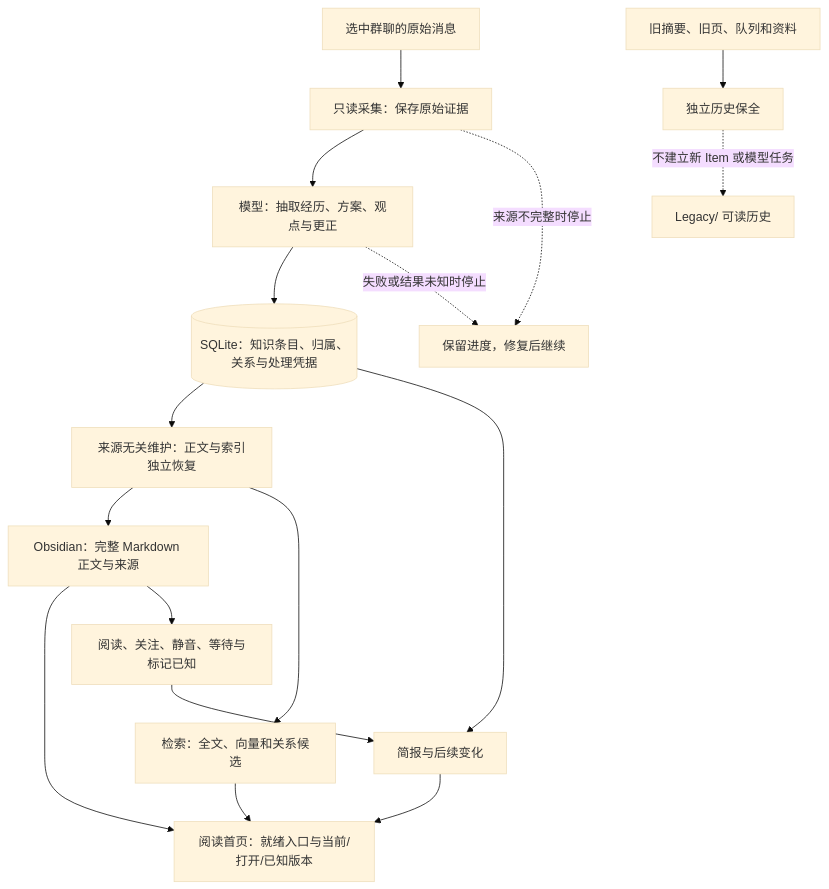
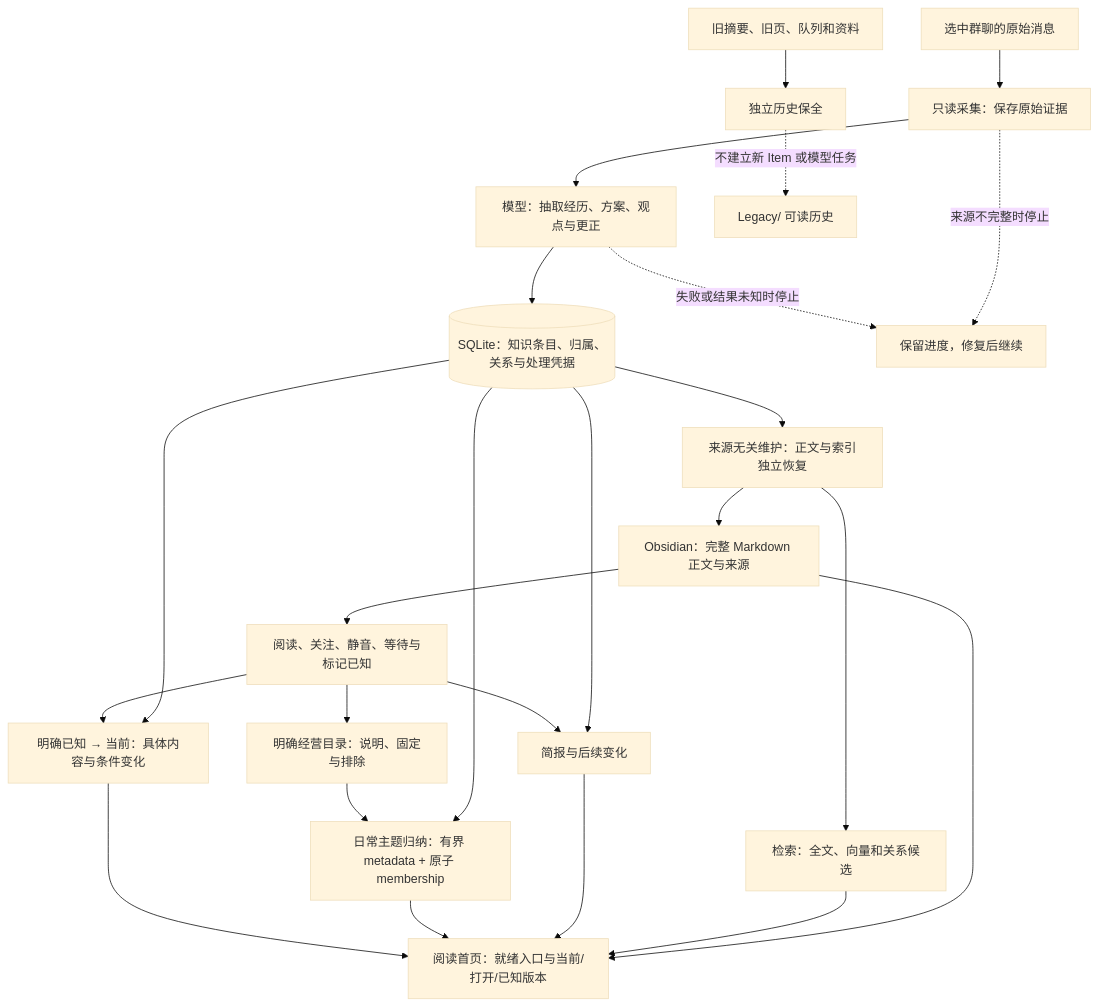
One commit to IndelibleVivi/we-groupchat-obsidian changed the diagram in docs/architecture/semantic-implementation.md. Above: the diagram before and after it, drawn with Mermaid (base theme). The commit also changed other lines of this file and 31 other files, not shown here.

````diff
--- a/docs/architecture/semantic-implementation.md
+++ b/docs/architecture/semantic-implementation.md
@@ -9,19 +9,26 @@
 ```mermaid
 flowchart TD
     INPUT[选中群聊的原始消息] --> CAPTURE[只读采集：保存原始证据]
     CAPTURE --> MODEL[模型：抽取经历、方案、观点与更正]
     MODEL --> STORE[(SQLite：知识条目、归属、关系与处理凭据)]
     STORE --> MAINT[来源无关维护：正文与索引独立恢复]
+    STORE --> VIEWS[日常主题归纳：有界 metadata + 原子 membership]
     MAINT --> BODY[Obsidian：完整 Markdown 正文与来源]
     MAINT --> SEARCH[检索：全文、向量和关系候选]
     STORE --> BRIEF[简报与后续变化]
     BODY --> HOME[阅读首页：就绪入口与当前/打开/已知版本]
     SEARCH --> HOME
     BRIEF --> HOME
     BODY --> CONTROL[阅读、关注、静音、等待与标记已知]
     CONTROL --> BRIEF
+    CONTROL --> VIEWCONTROL[明确经营目录：说明、固定与排除]
+    VIEWCONTROL --> VIEWS
+    VIEWS --> HOME
+    STORE --> CHANGES[明确已知 → 当前：具体内容与条件变化]
+    CONTROL --> CHANGES
+    CHANGES --> HOME
     CAPTURE -. 来源不完整时停止 .-> STOP[保留进度，修复后继续]
     MODEL -. 失败或结果未知时停止 .-> STOP
     LEGACY_INPUT[旧摘要、旧页、队列和资料] --> HISTORY[独立历史保全]
     HISTORY -. 不建立新 Item 或模型任务 .-> LEGACY_OUT[Legacy/ 可读历史]
 ```
````
